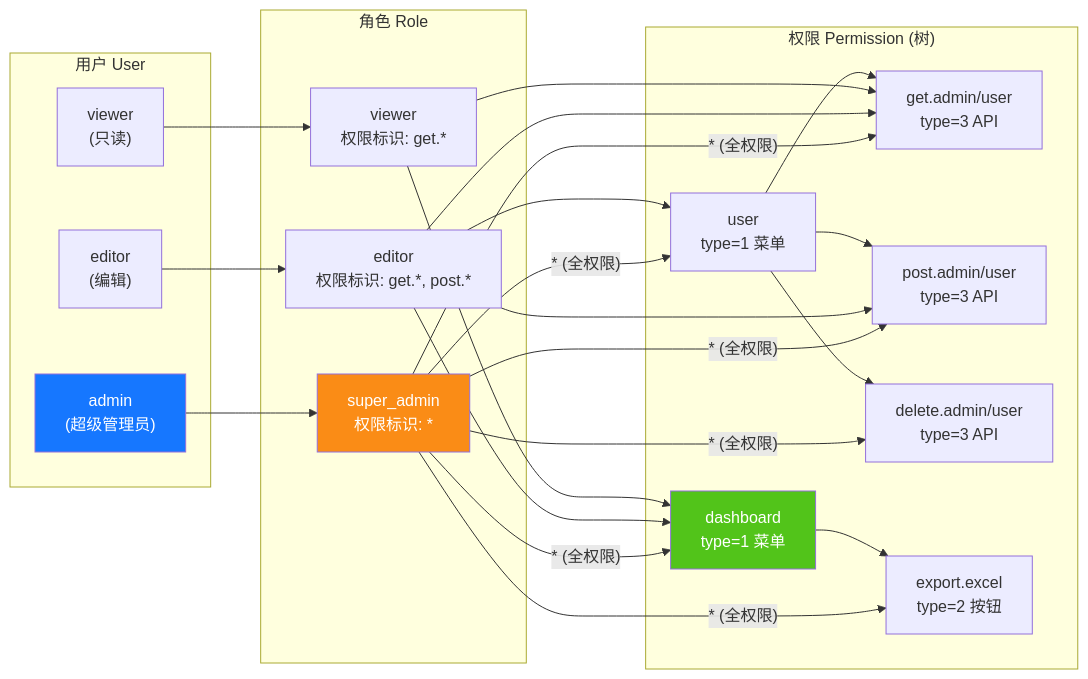
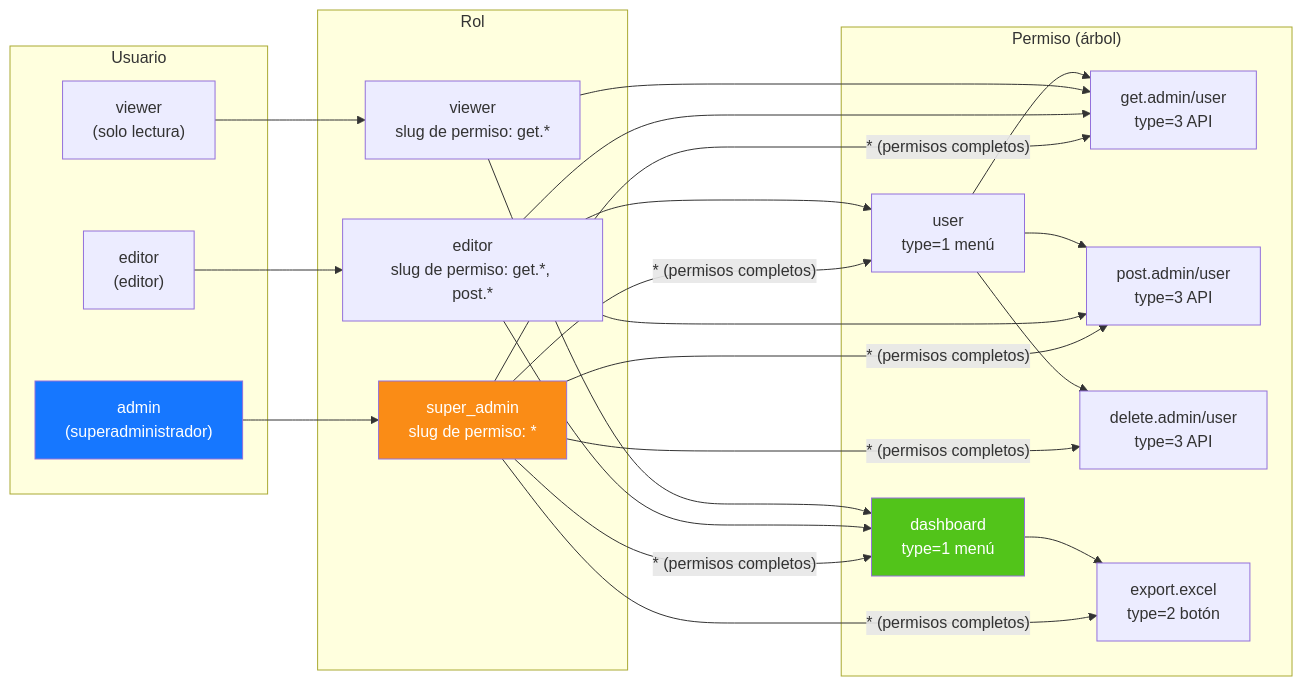
One commit to erikwang2013/game-platform-php changed the fifth of 14 diagrams in admin/docs/ARCHITECTURE.es.md. Above: the diagram before and after it, drawn with Mermaid. The commit also changed other lines of this file and 211 other files, not shown here.

First line of the commit message:
fix: 支付配置读回类型根治、提现事件对账巡检，12 语族 mermaid 与 API 标签本地化

````diff
--- a/admin/docs/ARCHITECTURE.es.md
+++ b/admin/docs/ARCHITECTURE.es.md
@@ -283,38 +283,38 @@
 ```mermaid
 flowchart LR
-    subgraph "用户 User"
-        U1["admin<br/>(超级管理员)"]
-        U2["editor<br/>(编辑)"]
-        U3["viewer<br/>(只读)"]
+    subgraph "Usuario"
+        U1["admin<br/>(superadministrador)"]
+        U2["editor<br/>(editor)"]
+        U3["viewer<br/>(solo lectura)"]
     end
 
-    subgraph "角色 Role"
-        R1["super_admin<br/>权限标识: *"]
-        R2["editor<br/>权限标识: get.*, post.*"]
-        R3["viewer<br/>权限标识: get.*"]
+    subgraph "Rol"
+        R1["super_admin<br/>slug de permiso: *"]
+        R2["editor<br/>slug de permiso: get.*, post.*"]
+        R3["viewer<br/>slug de permiso: get.*"]
     end
 
-    subgraph "权限 Permission (树)"
-        P1["dashboard<br/>type=1 菜单"]
-        P2["user<br/>type=1 菜单"]
+    subgraph "Permiso (árbol)"
+        P1["dashboard<br/>type=1 menú"]
+        P2["user<br/>type=1 menú"]
         P3["get.admin/user<br/>type=3 API"]
         P4["post.admin/user<br/>type=3 API"]
         P5["delete.admin/user<br/>type=3 API"]
-        P6["export.excel<br/>type=2 按钮"]
+        P6["export.excel<br/>type=2 botón"]
     end
 
     U1 --> R1
     U2 --> R2
     U3 --> R3
 
-    R1 -->|"* (全权限)"| P1 & P2 & P3 & P4 & P5 & P6
+    R1 -->|"* (permisos completos)"| P1 & P2 & P3 & P4 & P5 & P6
     R2 --> P1 & P2 & P3 & P4
     R3 --> P1 & P3
 
     P2 --> P3 & P4 & P5
     P1 --> P6
 
     style U1 fill:#1677FF,color:#fff
     style R1 fill:#FA8C16,color:#fff
     style P1 fill:#52C41A,color:#fff
 ```
````
